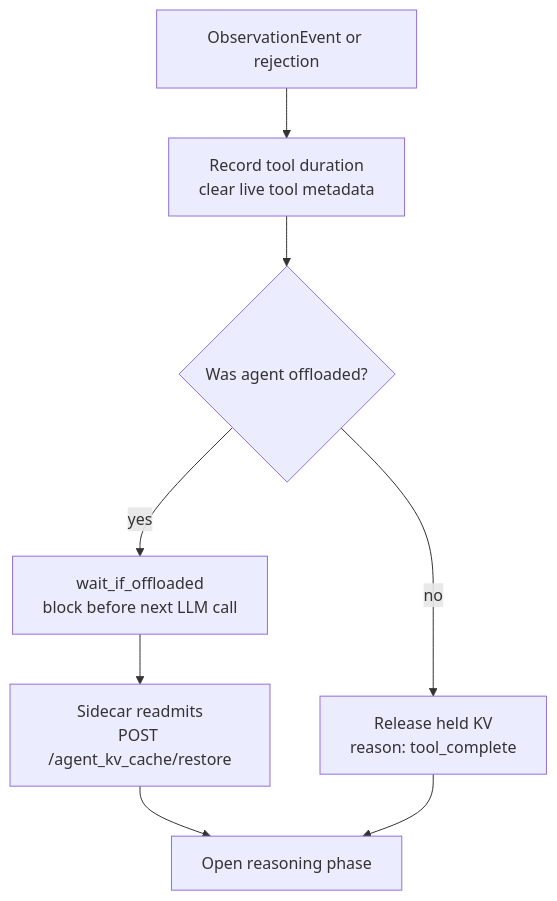
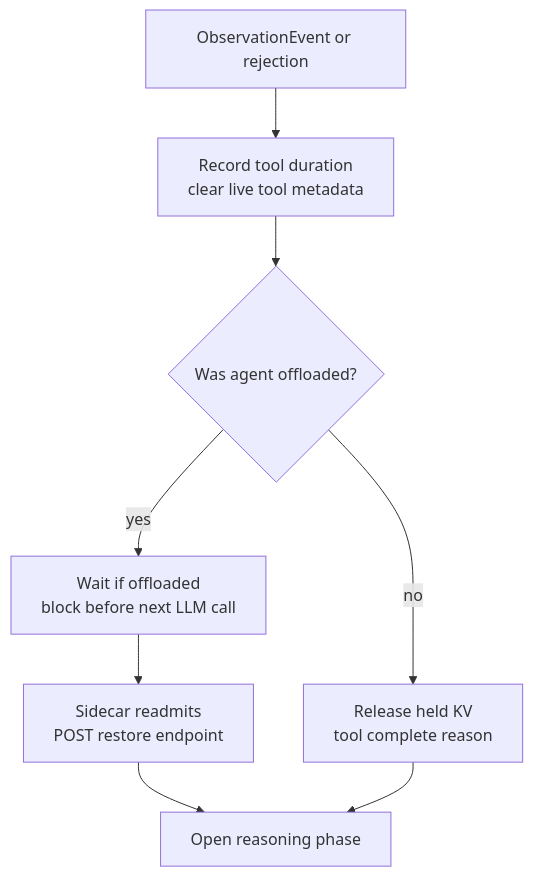
One commit to javenjwzhao-coder/agent-concurrency changed the fourth of 8 diagrams in docs/agent_kv_offload_architecture.md. Above: the diagram before and after it, drawn with Mermaid. The commit also changed other lines of this file, not shown here.

Commit message:
Fix Mermaid architecture diagrams

````diff
--- a/docs/agent_kv_offload_architecture.md
+++ b/docs/agent_kv_offload_architecture.md
@@ -134,14 +134,14 @@
 ```mermaid
 flowchart TD
     obs[ObservationEvent or rejection]
     record[Record tool duration<br/>clear live tool metadata]
     offloaded{Was agent offloaded?}
-    wait[wait_if_offloaded<br/>block before next LLM call]
-    restore[Sidecar readmits<br/>POST /agent_kv_cache/restore]
-    release[Release held KV<br/>reason: tool_complete]
+    wait[Wait if offloaded<br/>block before next LLM call]
+    restore[Sidecar readmits<br/>POST restore endpoint]
+    release[Release held KV<br/>tool complete reason]
     reason[Open reasoning phase]
 
     obs --> record --> offloaded
     offloaded -- yes --> wait --> restore --> reason
     offloaded -- no --> release --> reason
 ```
````
